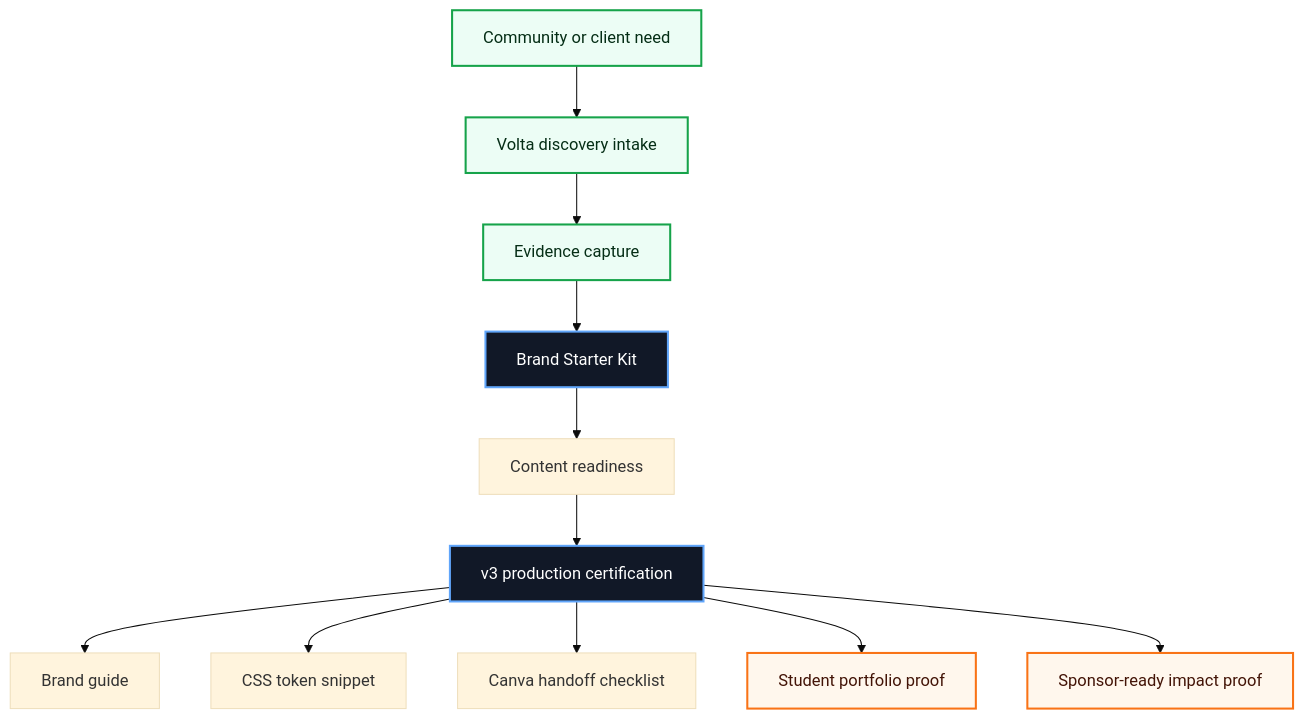
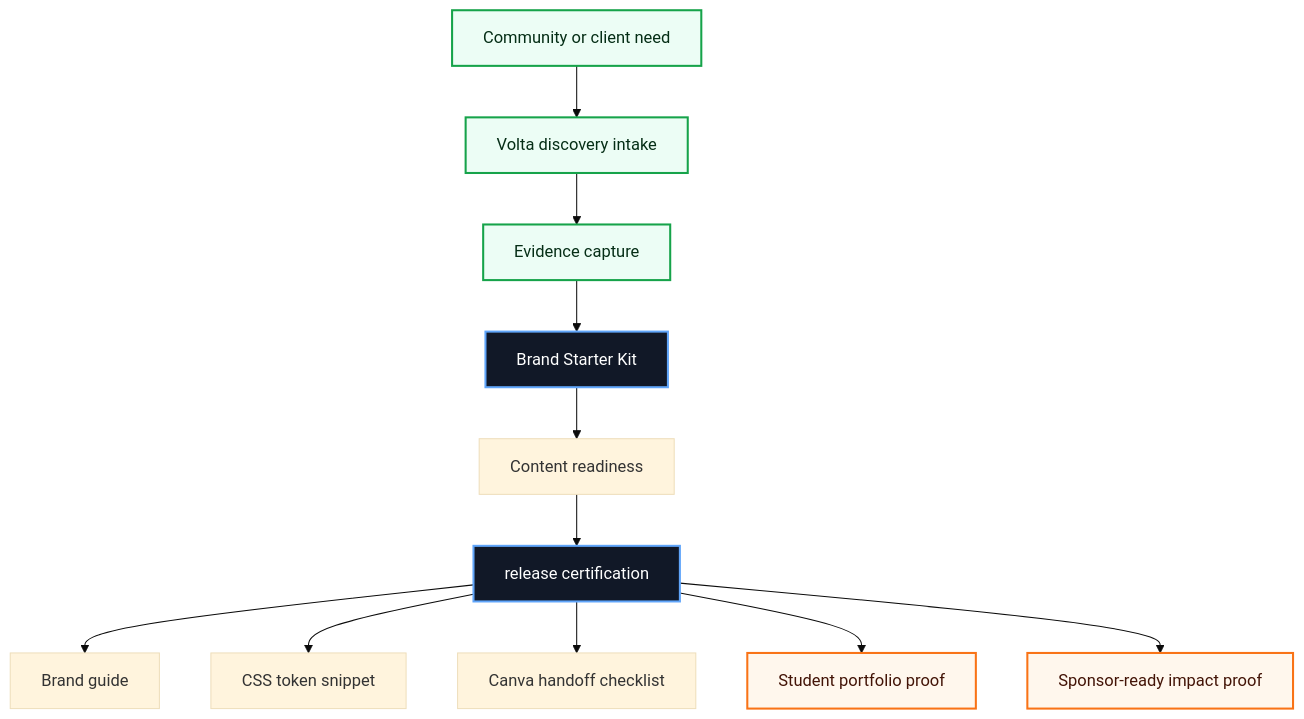
Before and after one commit to volta-npo/brand-starter-kit: the first of 3 diagrams in README.md, drawn with Mermaid (base theme). The commit also changed other lines of this file and 28 other files, not shown here.

````diff
--- a/README.md
+++ b/README.md
@@ -43,20 +43,20 @@
 ```mermaid
 flowchart TD
     Need["Community or client need"] --> Intake["Volta discovery intake"]
     Intake --> Evidence["Evidence capture"]
     Evidence --> Workbench["Brand Starter Kit"]
     Workbench --> Score["Content readiness"]
-    Score --> Cert["v3 production certification"]
+    Score --> Cert["release certification"]
     Cert --> A1["Brand guide"]
     Cert --> A2["CSS token snippet"]
     Cert --> A3["Canva handoff checklist"]
     Cert --> Student["Student portfolio proof"]
     Cert --> Sponsor["Sponsor-ready impact proof"]
 
     classDef volta fill:#111827,stroke:#60a5fa,color:#ffffff,stroke-width:2px;
     classDef equity fill:#ecfdf5,stroke:#16a34a,color:#052e16,stroke-width:2px;
     classDef proof fill:#fff7ed,stroke:#f97316,color:#431407,stroke-width:2px;
     class Workbench,Cert volta;
     class Need,Intake,Evidence equity;
     class Student,Sponsor proof;
 ```
````
